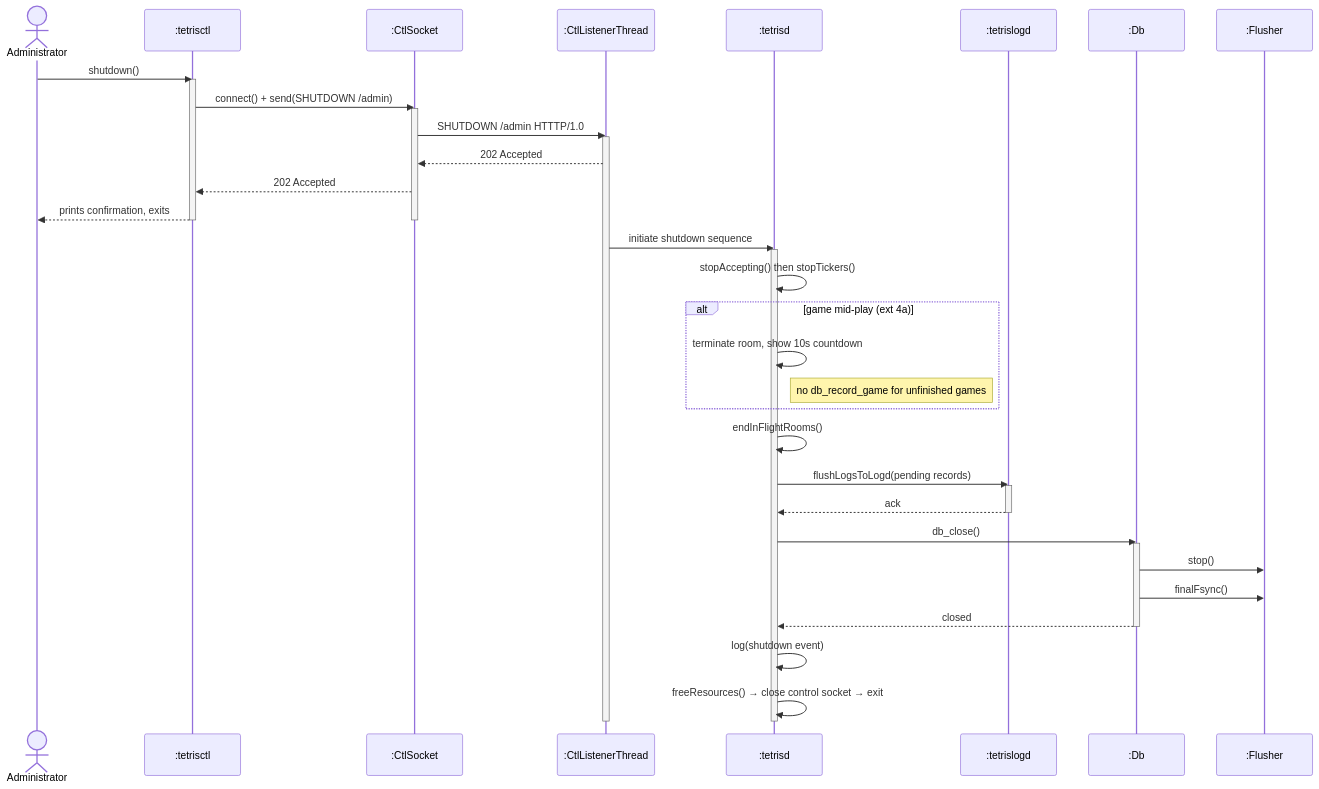
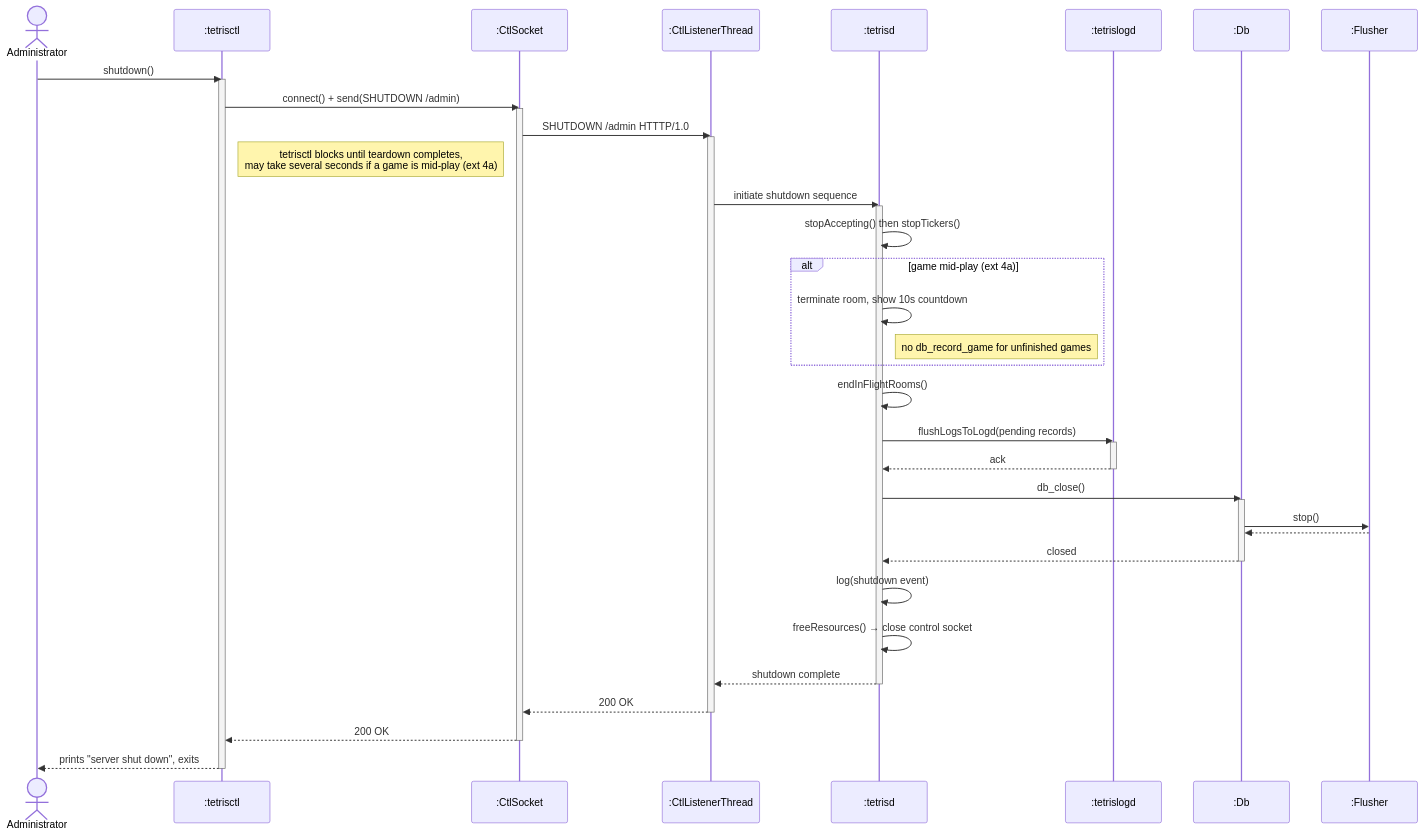
One commit to ziqiqiiii/tetriSH changed the ninth of 14 diagrams in docs/diagrams/class_and_sequence_diagrams/cd_sd_uc22-uc27.md. Above: the diagram before and after it, drawn with Mermaid. The commit also changed other lines of this file and 1 other file, not shown here.

Commit message:
fix: update shutdown use case to reflect blocking behavior and response status

````diff
--- a/docs/diagrams/class_and_sequence_diagrams/cd_sd_uc22-uc27.md
+++ b/docs/diagrams/class_and_sequence_diagrams/cd_sd_uc22-uc27.md
@@ -699,50 +699,52 @@
 ```mermaid
 sequenceDiagram
     actor A as Administrator
     participant CLI as :tetrisctl
     participant CS as :CtlSocket
     participant LT as :CtlListenerThread
     participant D as :tetrisd
     participant LOGD as :tetrislogd
     participant DB as :Db
     participant F as :Flusher
 
     A->>CLI: shutdown()
     activate CLI
     CLI->>CS: connect() + send(SHUTDOWN /admin)
     activate CS
     CS->>LT: SHUTDOWN /admin HTTTP/1.0
     activate LT
-    LT-->>CS: 202 Accepted
-    CS-->>CLI: 202 Accepted
-    CLI-->>A: prints confirmation, exits
-    deactivate CS
-    deactivate CLI
+    note right of CLI: tetrisctl blocks until teardown completes,<br/>may take several seconds if a game is mid-play (ext 4a)
 
     LT->>D: initiate shutdown sequence
     activate D
     D->>D: stopAccepting() then stopTickers()
 
     alt game mid-play  (ext 4a)
         D->>D: terminate room, show 10s countdown
         note right of D: no db_record_game for unfinished games
     end
 
     D->>D: endInFlightRooms()
     D->>LOGD: flushLogsToLogd(pending records)
     activate LOGD
     LOGD-->>D: ack
     deactivate LOGD
 
     D->>DB: db_close()
     activate DB
     DB->>F: stop()
-    DB->>F: finalFsync()
+    F-->>DB:
     DB-->>D: closed
     deactivate DB
 
     D->>D: log(shutdown event)
-    D->>D: freeResources() → close control socket → exit
+    D->>D: freeResources() → close control socket
+    D-->>LT: shutdown complete
     deactivate D
+    LT-->>CS: 200 OK
     deactivate LT
+    CS-->>CLI: 200 OK
+    deactivate CS
+    CLI-->>A: prints "server shut down", exits
+    deactivate CLI
 ```
````
